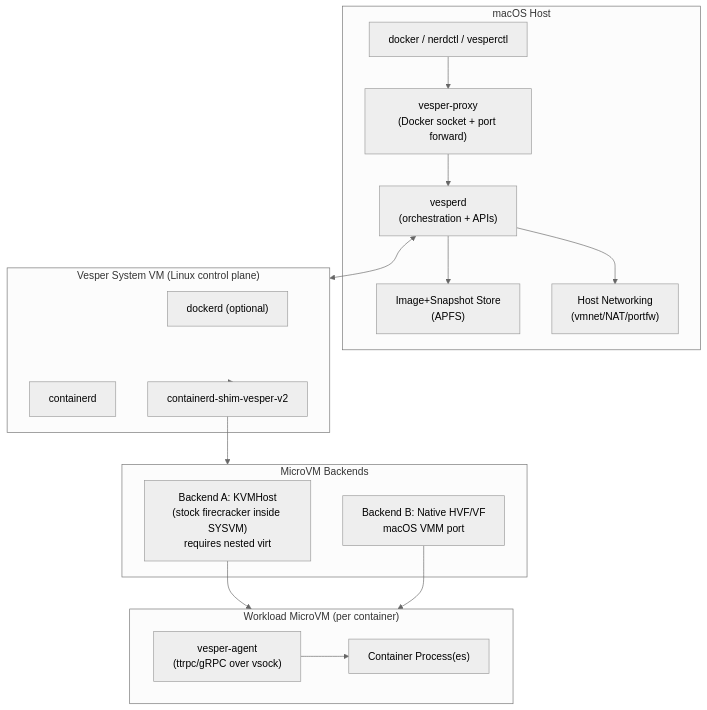
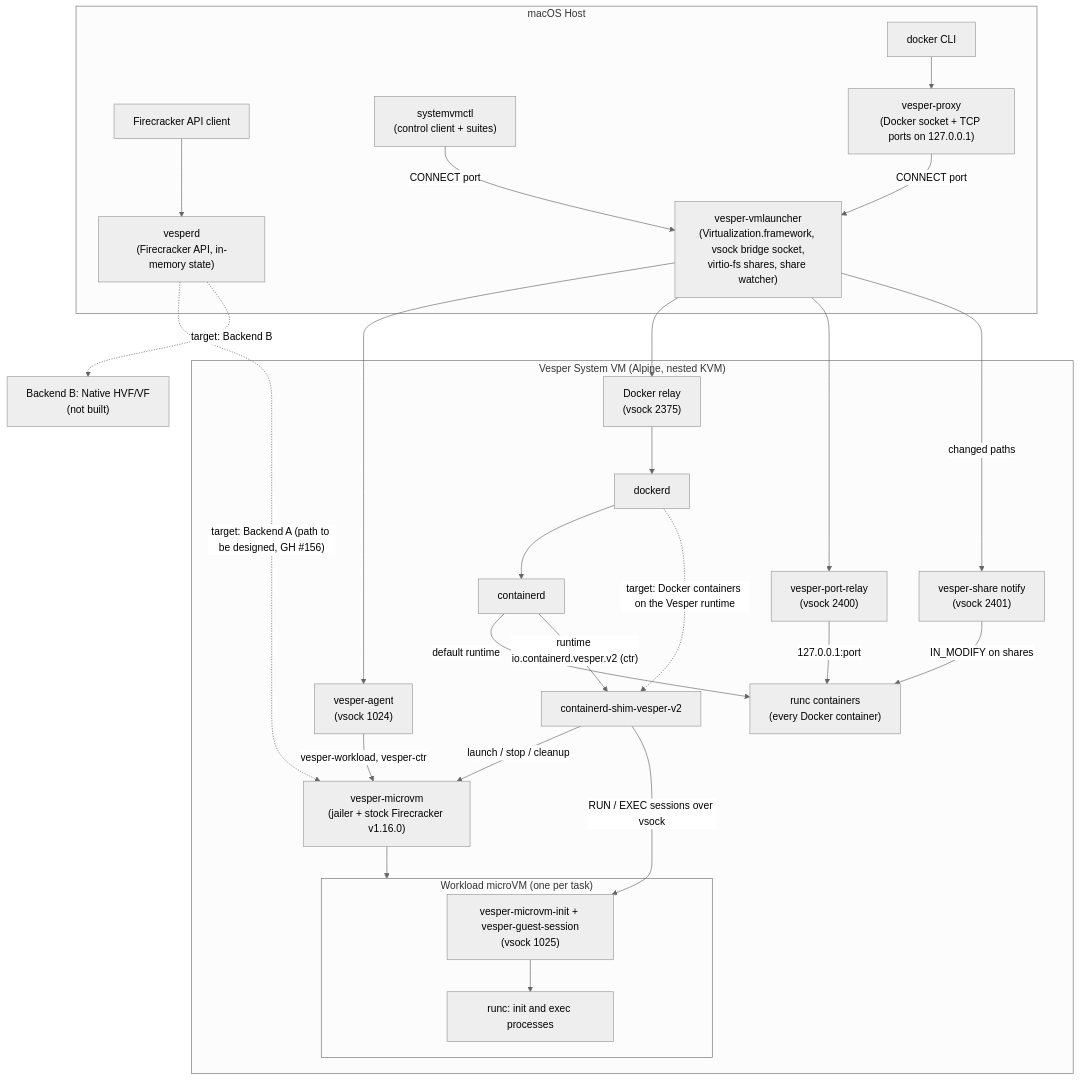
One commit to cityhunteur/vesper changed the diagram in docs/specs/assets/design-v0-component-diagram.mmd. Above: the diagram before and after it, drawn with Mermaid (neutral theme). The commit also changed 15 other files, not shown here.

```diff
--- a/docs/specs/assets/design-v0-component-diagram.mmd
+++ b/docs/specs/assets/design-v0-component-diagram.mmd
@@ -1,36 +1,52 @@
 flowchart TB
   subgraph macOS["macOS Host"]
-    CLI["docker / nerdctl / vesperctl"]
-    PROXY["vesper-proxy\n(Docker socket + port forward)"]
-    VESPERD["vesperd\n(orchestration + APIs)"]
-    STORE["Image+Snapshot Store\n(APFS)"]
-    NET["Host Networking\n(vmnet/NAT/portfw)"]
+    DOCKER["docker CLI"]
+    FCCLIENT["Firecracker API client"]
+    CTL["systemvmctl<br/>(control client + suites)"]
+    PROXY["vesper-proxy<br/>(Docker socket + TCP ports on 127.0.0.1)"]
+    VESPERD["vesperd<br/>(Firecracker API, in-memory state)"]
+    LAUNCHER["vesper-vmlauncher<br/>(Virtualization.framework, vsock bridge socket,<br/>virtio-fs shares, share watcher)"]
   end
 
-  subgraph SYSVM["Vesper System VM (Linux control plane)"]
-    DOCKERD["dockerd (optional)"]
+  subgraph SYSVM["Vesper System VM (Alpine, nested KVM)"]
+    AGENT["vesper-agent<br/>(vsock 1024)"]
+    DRELAY["Docker relay<br/>(vsock 2375)"]
+    PRELAY["vesper-port-relay<br/>(vsock 2400)"]
+    NOTIFY["vesper-share notify<br/>(vsock 2401)"]
+    DOCKERD["dockerd"]
     CONTAINERD["containerd"]
+    RUNC["runc containers<br/>(every Docker container)"]
     SHIM["containerd-shim-vesper-v2"]
+    MICROVM["vesper-microvm<br/>(jailer + stock Firecracker v1.16.0)"]
+
+    subgraph UVM["Workload microVM (one per task)"]
+      SESSION["vesper-microvm-init + vesper-guest-session<br/>(vsock 1025)"]
+      PROC["runc: init and exec processes"]
+    end
   end
 
-  subgraph BACKENDS["MicroVM Backends"]
-    KVMHOST["Backend A: KVMHost\n(stock firecracker inside SYSVM)\nrequires nested virt"]
-    NATIVE["Backend B: Native HVF/VF\nmacOS VMM port"]
-  end
+  NATIVE["Backend B: Native HVF/VF<br/>(not built)"]
 
-  subgraph UVM["Workload MicroVM (per container)"]
-    AGENT["vesper-agent\n(ttrpc/gRPC over vsock)"]
-    PROC["Container Process(es)"]
-  end
+  DOCKER --> PROXY
+  FCCLIENT --> VESPERD
+  PROXY -- "CONNECT port" --> LAUNCHER
+  CTL -- "CONNECT port" --> LAUNCHER
+  LAUNCHER --> AGENT
+  LAUNCHER --> DRELAY
+  LAUNCHER --> PRELAY
+  LAUNCHER -- "changed paths" --> NOTIFY
+  DRELAY --> DOCKERD
+  DOCKERD --> CONTAINERD
+  CONTAINERD -- "default runtime" --> RUNC
+  PRELAY -- "127.0.0.1:port" --> RUNC
+  NOTIFY -- "IN_MODIFY on shares" --> RUNC
+  CONTAINERD -- "runtime io.containerd.vesper.v2 (ctr)" --> SHIM
+  AGENT -- "vesper-workload, vesper-ctr" --> MICROVM
+  SHIM -- "launch / stop / cleanup" --> MICROVM
+  MICROVM --> UVM
+  SHIM -- "RUN / EXEC sessions over vsock" --> SESSION
+  SESSION --> PROC
 
-  CLI --> PROXY
-  PROXY --> VESPERD
-  VESPERD --> STORE
-  VESPERD --> NET
-
-  VESPERD <--> SYSVM
-  SYSVM --> SHIM
-  SHIM --> BACKENDS
-  KVMHOST --> UVM
-  NATIVE --> UVM
-  AGENT --> PROC
+  VESPERD -. "target: Backend A (path to be designed, GH #156)" .-> MICROVM
+  DOCKERD -. "target: Docker containers on the Vesper runtime" .-> SHIM
+  VESPERD -. "target: Backend B" .-> NATIVE
```
